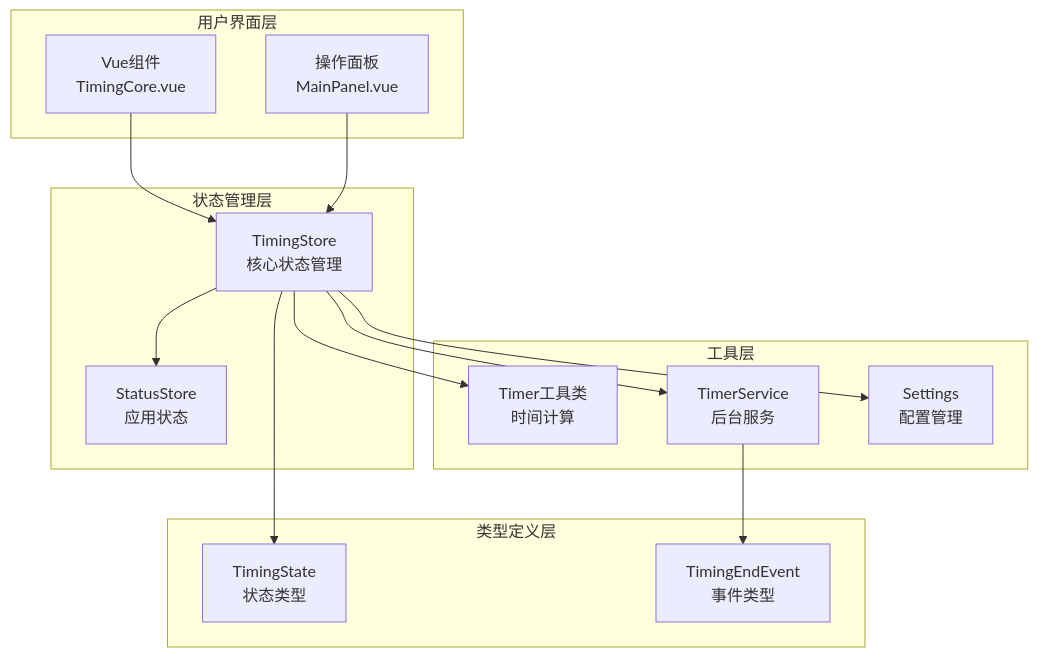
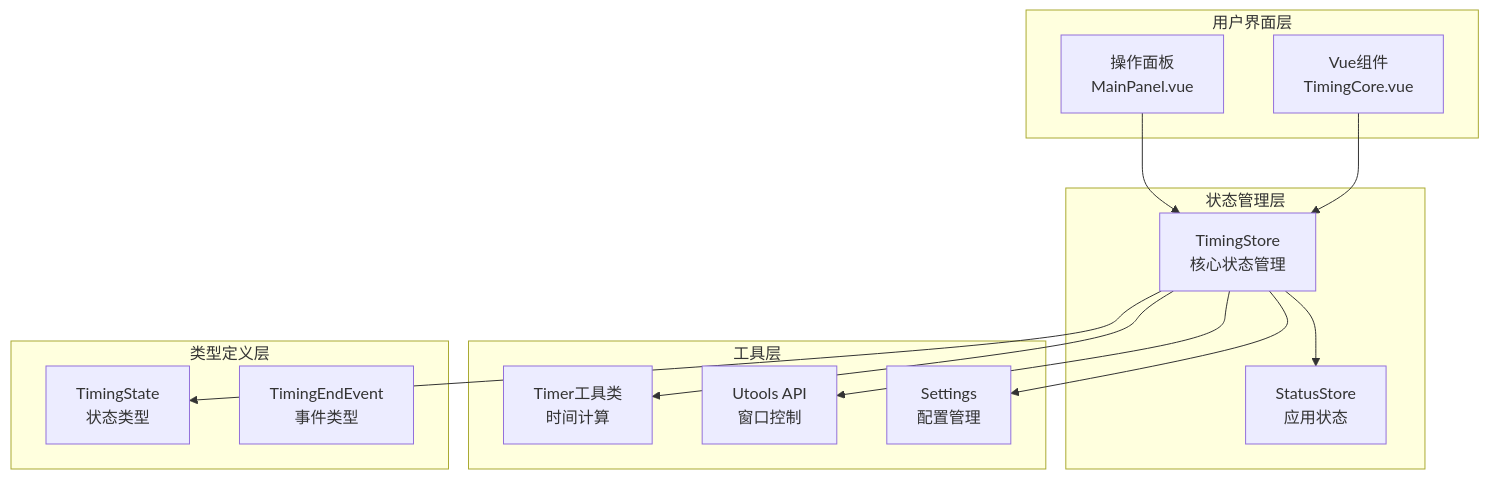
Before and after one commit to kqcoxn/utools-releax-tip: the second of 7 diagrams in .qoder/repowiki/zh/content/状态管理/计时状态管理.md, drawn with Mermaid. The commit also changed other lines of this file and 4 other files, not shown here.

````diff
--- a/.qoder/repowiki/zh/content/状态管理/计时状态管理.md
+++ b/.qoder/repowiki/zh/content/状态管理/计时状态管理.md
@@ -95,28 +101,27 @@
 ```mermaid
 graph TB
 subgraph "用户界面层"
 UI[Vue组件<br/>TimingCore.vue]
 OP[操作面板<br/>MainPanel.vue]
 end
 subgraph "状态管理层"
 TS[TimingStore<br/>核心状态管理]
 SS[StatusStore<br/>应用状态]
 end
 subgraph "工具层"
 TU[Timer工具类<br/>时间计算]
-TSF[TimerService<br/>后台服务]
+UT[Utools API<br/>窗口控制]
 ST[Settings<br/>配置管理]
 end
 subgraph "类型定义层"
 TT[TimingState<br/>状态类型]
 TE[TimingEndEvent<br/>事件类型]
 end
 UI --> TS
 OP --> TS
 TS --> TU
 TS --> SS
-TS --> TSF
+TS --> UT
 TS --> ST
 TS --> TT
-TSF --> TE
 ```
````
